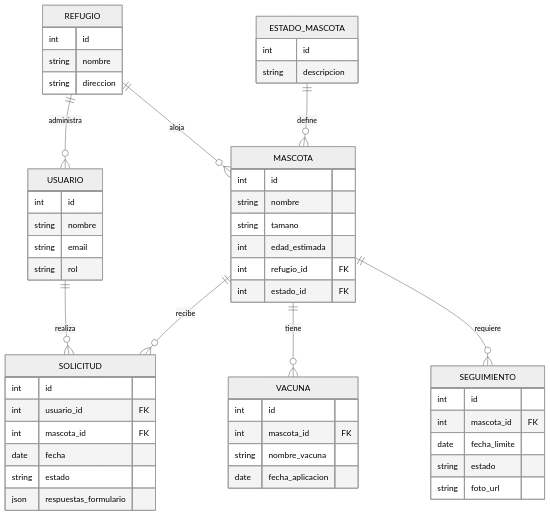
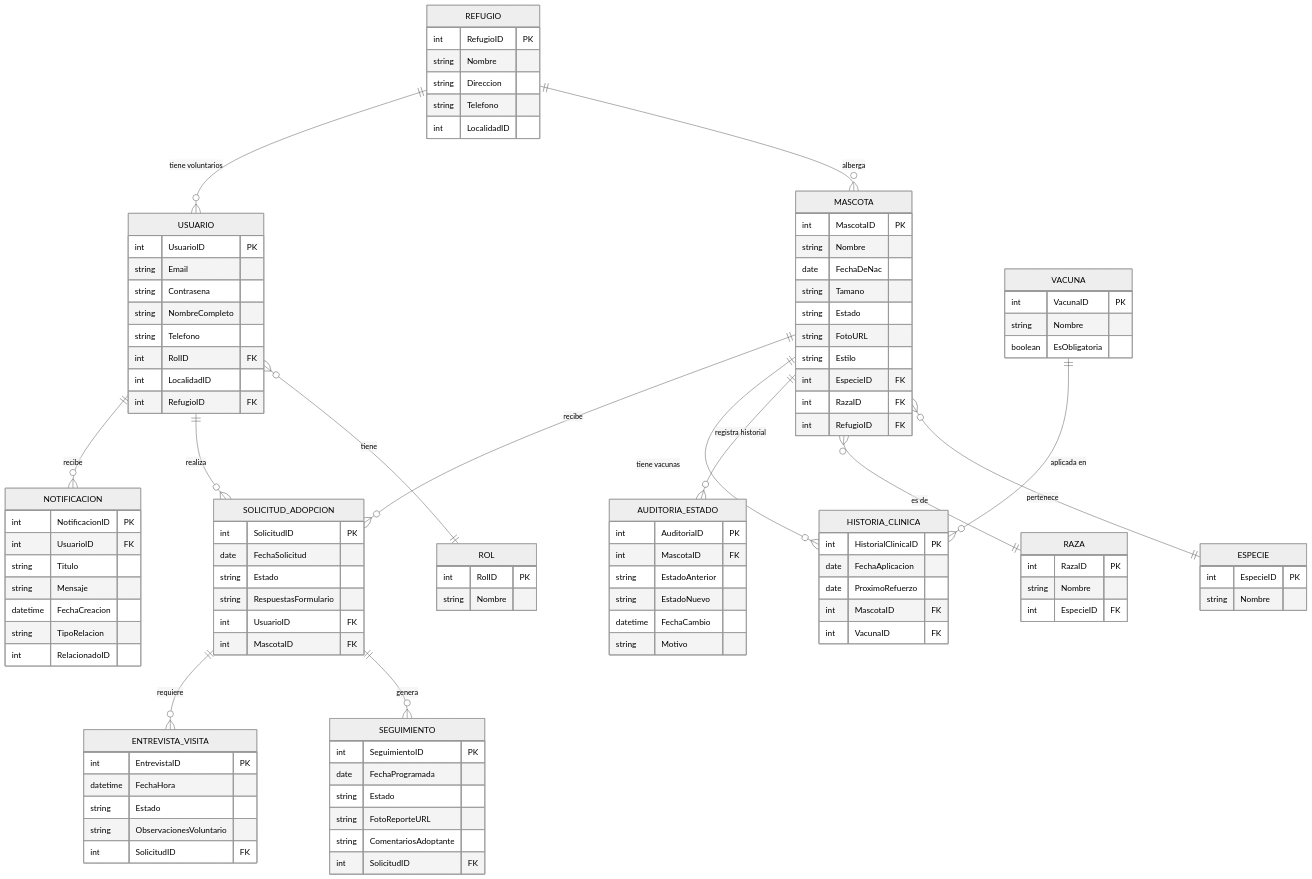
One commit to VDentesano/tp-dsw-sistema-adopcion changed the diagram in proposal.md. Above: the diagram before and after it, drawn with Mermaid (neutral theme). The commit also changed other lines of this file, not shown here.

Commit message:
Actualizacion Proposal
Redefinicion de Alcance, Modelo de Datos, y mas cosas de la proposal

`````diff
--- a/proposal.md
+++ b/proposal.md
@@ -24,55 +24,123 @@
 ```mermaid
 erDiagram
-    REFUGIO ||--o{ MASCOTA : aloja
-    REFUGIO ||--o{ USUARIO : administra
-    USUARIO ||--o{ SOLICITUD : realiza
-    MASCOTA ||--o{ SOLICITUD : recibe
-    MASCOTA ||--o{ VACUNA : tiene
-    MASCOTA ||--o{ SEGUIMIENTO : requiere
-    ESTADO_MASCOTA ||--o{ MASCOTA : define
+    REFUGIO ||--o{ MASCOTA : "alberga"
+    REFUGIO ||--o{ USUARIO : "tiene voluntarios"
+    USUARIO }o--|| ROL : "tiene"
+    USUARIO ||--o{ SOLICITUD_ADOPCION : "realiza"
+    MASCOTA }o--|| ESPECIE : "pertenece"
+    MASCOTA }o--|| RAZA : "es de"
+    MASCOTA ||--o{ AUDITORIA_ESTADO : "registra historial"
+    MASCOTA ||--o{ HISTORIA_CLINICA : "tiene vacunas"
+    MASCOTA ||--o{ SOLICITUD_ADOPCION : "recibe"
+    VACUNA ||--o{ HISTORIA_CLINICA : "aplicada en"
+    SOLICITUD_ADOPCION ||--o{ SEGUIMIENTO : "genera"
+    SOLICITUD_ADOPCION ||--o{ ENTREVISTA_VISITA : "requiere"
+    USUARIO ||--o{ NOTIFICACION : "recibe"
+
+    ROL {
+        int RolID PK
+        string Nombre
+    }
     
     USUARIO {
-        int id
-        string nombre
-        string email
-        string rol
+        int UsuarioID PK
+        string Email
+        string Contrasena
+        string NombreCompleto
+        string Telefono
+        int RolID FK
+        int LocalidadID
+        int RefugioID FK
     }
+
     REFUGIO {
-        int id
-        string nombre
-        string direccion
+        int RefugioID PK
+        string Nombre
+        string Direccion
+        string Telefono
+        int LocalidadID
     }
-    ESTADO_MASCOTA {
-        int id
-        string descripcion
+
+    MASCOTA {
+        int MascotaID PK
+        string Nombre
+        date FechaDeNac
+        string Tamano
+        string Estado
+        string FotoURL
+        string Estilo
+        int EspecieID FK
+        int RazaID FK
+        int RefugioID FK
     }
-    MASCOTA {
-        int id
-        string nombre
-        string tamano
-        int edad_estimada
-        int refugio_id FK
-        int estado_id FK
+
+    AUDITORIA_ESTADO {
+        int AuditoriaID PK
+        int MascotaID FK
+        string EstadoAnterior
+        string EstadoNuevo
+        datetime FechaCambio
+        string Motivo
     }
-    SOLICITUD {
-        int id
-        int usuario_id FK
-        int mascota_id FK
-        date fecha
-        string estado
-        json respuestas_formulario
+
+    SOLICITUD_ADOPCION {
+        int SolicitudID PK
+        date FechaSolicitud
+        string Estado
+        string RespuestasFormulario
+        int UsuarioID FK
+        int MascotaID FK
     }
+
     SEGUIMIENTO {
-        int id
-        int mascota_id FK
-        date fecha_limite
-        string estado
-        string foto_url
+        int SeguimientoID PK
+        date FechaProgramada
+        string Estado
+        string FotoReporteURL
+        string ComentariosAdoptante
+        int SolicitudID FK
     }
+
+    ENTREVISTA_VISITA {
+        int EntrevistaID PK
+        datetime FechaHora
+        string Estado
+        string ObservacionesVoluntario
+        int SolicitudID FK
+    }
+
+    HISTORIA_CLINICA {
+        int HistorialClinicaID PK
+        date FechaAplicacion
+        date ProximoRefuerzo
+        int MascotaID FK
+        int VacunaID FK
+    }
+
     VACUNA {
-        int id
-        int mascota_id FK
-        string nombre_vacuna
-        date fecha_aplicacion
+        int VacunaID PK
+        string Nombre
+        boolean EsObligatoria
+    }
+
+    ESPECIE {
+        int EspecieID PK
+        string Nombre
+    }
+
+    RAZA {
+        int RazaID PK
+        string Nombre
+        int EspecieID FK
+    }
+
+    NOTIFICACION {
+        int NotificacionID PK
+        int UsuarioID FK
+        string Titulo
+        string Mensaje
+        datetime FechaCreacion
+        string TipoRelacion
+        int RelacionadoID
     }
 ````
`````
